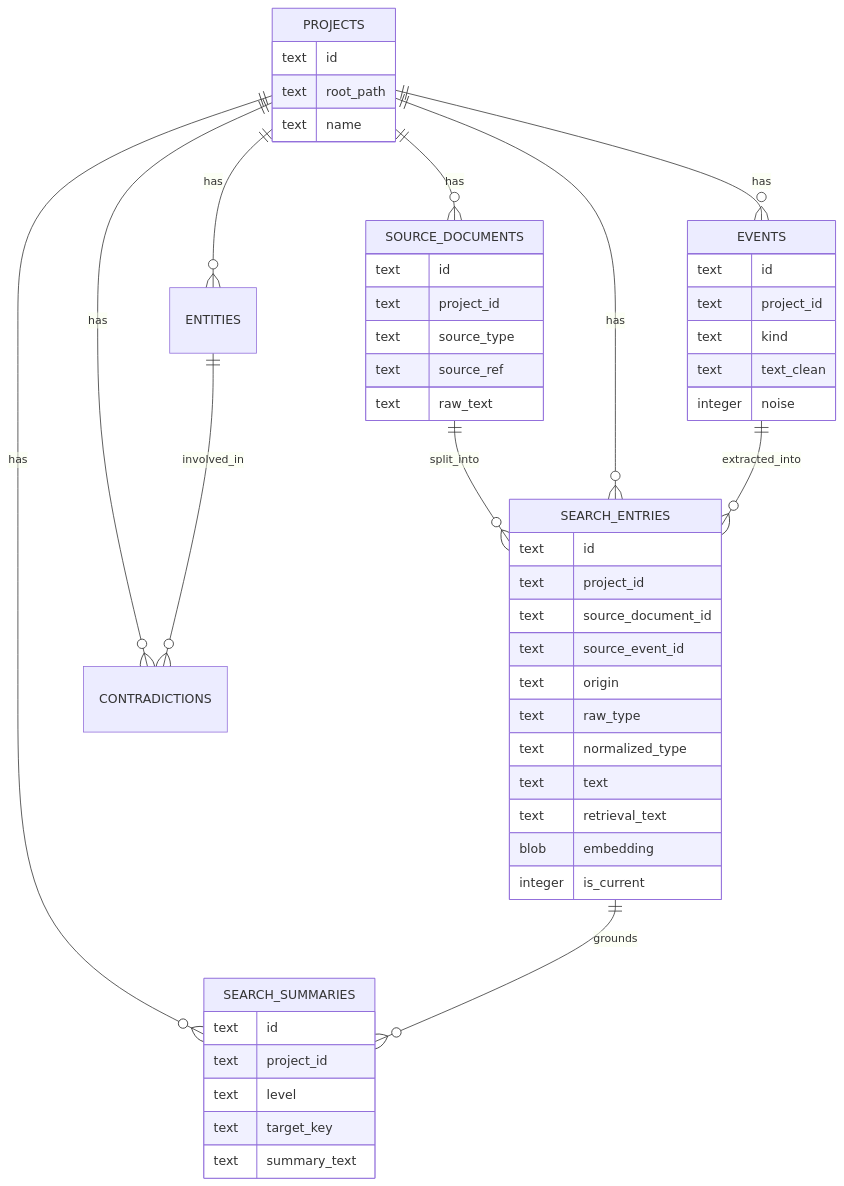
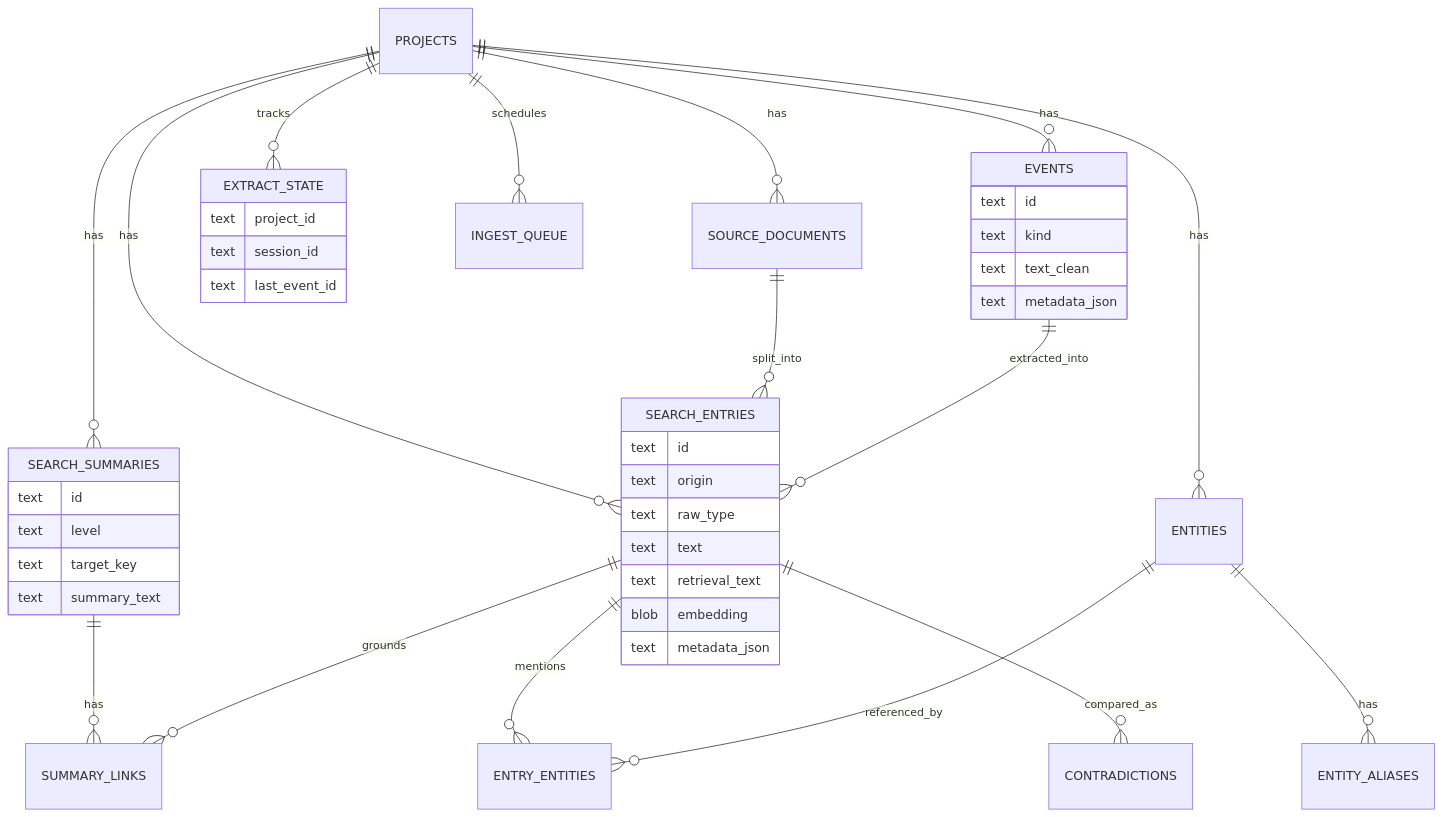
One commit to taeuk178/MultiAgentCLI changed the third of 3 diagrams in Document/flow.md. Above: the diagram before and after it, drawn with Mermaid. The commit also changed other lines of this file and 5 other files, not shown here.

First line of the commit message:
flow 문서 구조 정리

````diff
--- a/Document/flow.md
+++ b/Document/flow.md
@@ -630,57 +76,48 @@
 ```mermaid
 erDiagram
     PROJECTS ||--o{ EVENTS : has
     PROJECTS ||--o{ SOURCE_DOCUMENTS : has
-    SOURCE_DOCUMENTS ||--o{ SEARCH_ENTRIES : split_into
     PROJECTS ||--o{ SEARCH_ENTRIES : has
     PROJECTS ||--o{ SEARCH_SUMMARIES : has
+    PROJECTS ||--o{ EXTRACT_STATE : tracks
     PROJECTS ||--o{ ENTITIES : has
-    PROJECTS ||--o{ CONTRADICTIONS : has
+    PROJECTS ||--o{ INGEST_QUEUE : schedules
+    SOURCE_DOCUMENTS ||--o{ SEARCH_ENTRIES : split_into
     EVENTS ||--o{ SEARCH_ENTRIES : extracted_into
-    SEARCH_ENTRIES ||--o{ SEARCH_SUMMARIES : grounds
-    ENTITIES ||--o{ CONTRADICTIONS : involved_in
-
-    PROJECTS {
-        text id
-        text root_path
-        text name
-    }
+    SEARCH_SUMMARIES ||--o{ SUMMARY_LINKS : has
+    SEARCH_ENTRIES ||--o{ SUMMARY_LINKS : grounds
+    SEARCH_ENTRIES ||--o{ ENTRY_ENTITIES : mentions
+    ENTITIES ||--o{ ENTRY_ENTITIES : referenced_by
+    ENTITIES ||--o{ ENTITY_ALIASES : has
+    SEARCH_ENTRIES ||--o{ CONTRADICTIONS : compared_as
 
     EVENTS {
         text id
-        text project_id
         text kind
         text text_clean
-        integer noise
-    }
-
-    SOURCE_DOCUMENTS {
-        text id
-        text project_id
-        text source_type
-        text source_ref
-        text raw_text
+        text metadata_json
     }
 
     SEARCH_ENTRIES {
         text id
-        text project_id
-        text source_document_id
-        text source_event_id
         text origin
         text raw_type
-        text normalized_type
         text text
         text retrieval_text
         blob embedding
-        integer is_current
+        text metadata_json
     }
 
     SEARCH_SUMMARIES {
         text id
-        text project_id
         text level
         text target_key
         text summary_text
     }
+
+    EXTRACT_STATE {
+        text project_id
+        text session_id
+        text last_event_id
+    }
 ```
````
